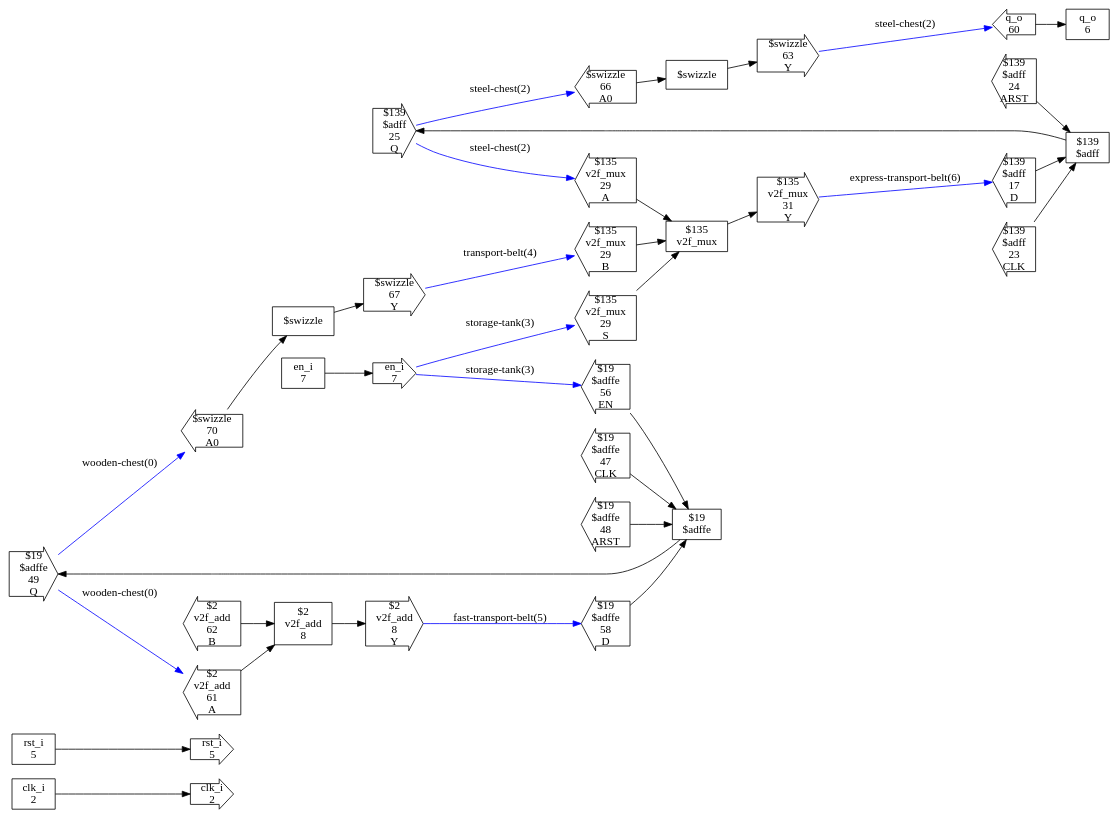
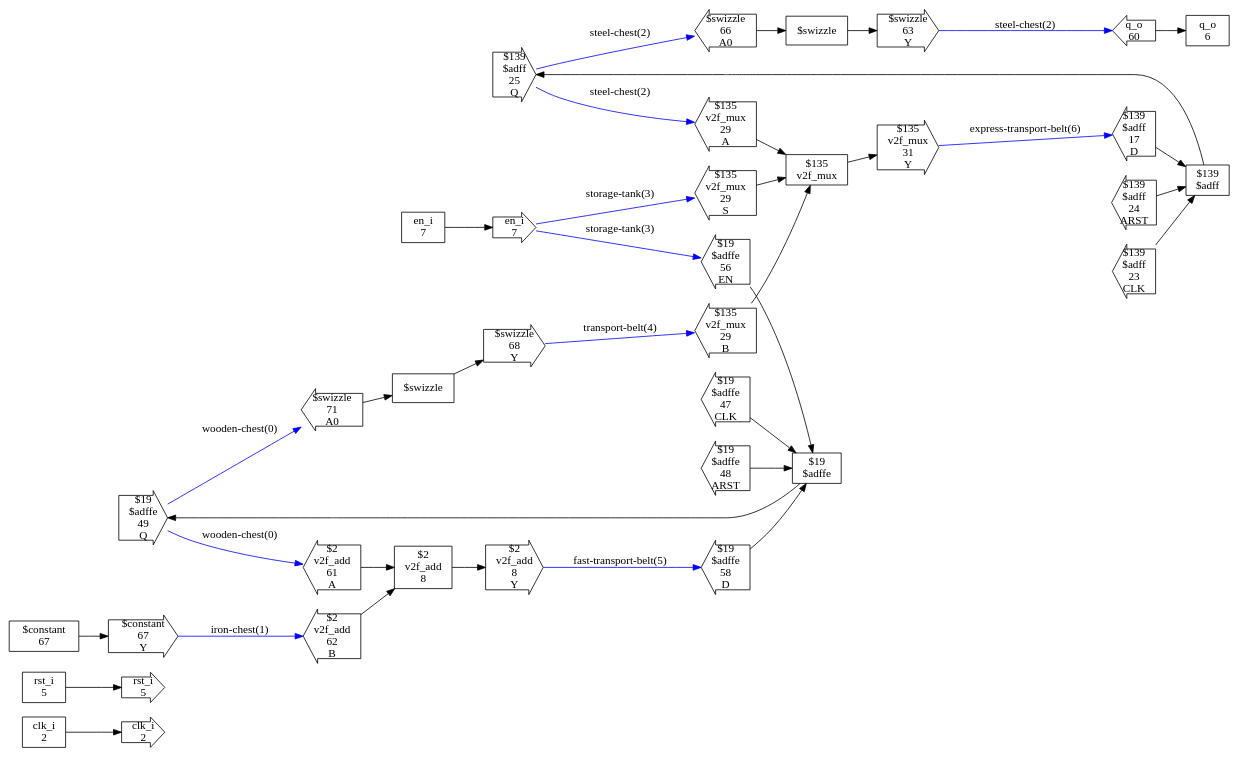
Before and after one commit to ben-j-c/verilog2factorio: the diagram in test_designs/counter32_pt2/checked_design.dot, drawn with Graphviz. The commit also changed 55 other files, not shown here.

```diff
--- a/test_designs/counter32_pt2/checked_design.dot
+++ b/test_designs/counter32_pt2/checked_design.dot
@@ -1,140 +1,147 @@
 digraph CheckedDesign {
   rankdir=LR
   n0[shape=box,label="clk_i
 2"]
   n1[shape=box,label="rst_i
 5"]
   n2[shape=box,label="q_o
 6"]
   n3[shape=box,label="en_i
 7"]
   n4[shape=box,label="$2
 v2f_add
 8"]
   n5[shape=box,label="$139
 $adff"]
   n6[shape=box,label="$135
 v2f_mux"]
   n7[shape=box,label="$19
 $adffe"]
   n8[shape=rarrow,label="clk_i
 2"]
   n9[shape=rarrow,label="rst_i
 5"]
   n10[shape=larrow,label="q_o
 60"]
   n11[shape=rarrow,label="en_i
 7"]
   n12[shape=larrow,label="$2
 v2f_add
 61
 A"]
   n13[shape=larrow,label="$2
 v2f_add
 62
 B"]
   n14[shape=rarrow,label="$2
 v2f_add
 8
 Y"]
   n15[shape=larrow,label="$139
 $adff
 17
 D"]
   n16[shape=larrow,label="$139
 $adff
 23
 CLK"]
   n17[shape=larrow,label="$139
 $adff
 24
 ARST"]
   n18[shape=rarrow,label="$139
 $adff
 25
 Q"]
   n19[shape=larrow,label="$135
 v2f_mux
 29
 A"]
   n20[shape=larrow,label="$135
 v2f_mux
 29
 B"]
   n21[shape=larrow,label="$135
 v2f_mux
 29
 S"]
   n22[shape=rarrow,label="$135
 v2f_mux
 31
 Y"]
   n23[shape=larrow,label="$19
 $adffe
 58
 D"]
   n24[shape=larrow,label="$19
 $adffe
 47
 CLK"]
   n25[shape=larrow,label="$19
 $adffe
 56
 EN"]
   n26[shape=larrow,label="$19
 $adffe
 48
 ARST"]
   n27[shape=rarrow,label="$19
 $adffe
 49
 Q"]
   n28[shape=box,label="$swizzle"]
   n29[shape=rarrow,label="$swizzle
 63
 Y"]
   n30[shape=larrow,label="$swizzle
 66
 A0"]
+  n31[shape=box,label="$constant
+67"]
+  n32[shape=rarrow,label="$constant
+67
+Y"]
   n33[shape=box,label="$swizzle"]
   n34[shape=rarrow,label="$swizzle
-67
+68
 Y"]
   n35[shape=larrow,label="$swizzle
-70
+71
 A0"]
   n0 -> n8
   n1 -> n9
   n3 -> n11
   n4 -> n14
   n5 -> n18
   n6 -> n22
   n7 -> n27
   n10 -> n2
   n11 -> n21 [label="storage-tank(3)",syle=bold,color=blue]
   n11 -> n25 [label="storage-tank(3)",syle=bold,color=blue]
   n12 -> n4
   n13 -> n4
   n14 -> n23 [label="fast-transport-belt(5)",syle=bold,color=blue]
   n15 -> n5
   n16 -> n5
   n17 -> n5
   n18 -> n19 [label="steel-chest(2)",syle=bold,color=blue]
   n18 -> n30 [label="steel-chest(2)",syle=bold,color=blue]
   n19 -> n6
   n20 -> n6
   n21 -> n6
   n22 -> n15 [label="express-transport-belt(6)",syle=bold,color=blue]
   n23 -> n7
   n24 -> n7
   n25 -> n7
   n26 -> n7
   n27 -> n12 [label="wooden-chest(0)",syle=bold,color=blue]
   n27 -> n35 [label="wooden-chest(0)",syle=bold,color=blue]
   n28 -> n29
   n29 -> n10 [label="steel-chest(2)",syle=bold,color=blue]
   n30 -> n28
+  n31 -> n32
+  n32 -> n13 [label="iron-chest(1)",syle=bold,color=blue]
   n33 -> n34
   n34 -> n20 [label="transport-belt(4)",syle=bold,color=blue]
   n35 -> n33
 }
```
